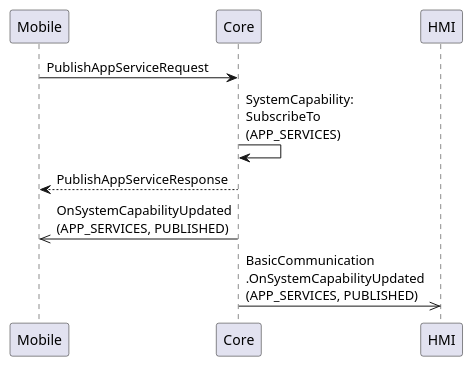
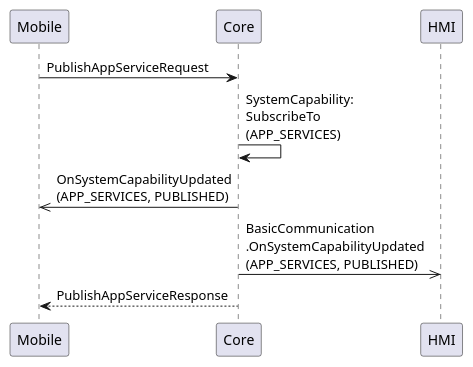
One commit to smartdevicelink/sdl_hmi_integration_guidelines changed the diagram in docs/BasicCommunication/OnSystemCapabilityUpdated/assets/OnSystemCapabilityUpdated_PUBLISHED.puml. Above: the diagram before and after it, drawn with PlantUML. The commit also changed other lines of this file and 5 other files, not shown here.

```diff
--- a/docs/BasicCommunication/OnSystemCapabilityUpdated/assets/OnSystemCapabilityUpdated_PUBLISHED.puml
+++ b/docs/BasicCommunication/OnSystemCapabilityUpdated/assets/OnSystemCapabilityUpdated_PUBLISHED.puml
@@ -1,12 +1,12 @@
 @startuml OnSystemCapabilityUpdated_PUBLISHED
 participant Mobile
 participant Core
 participant HMI
 
 Mobile -> Core : PublishAppServiceRequest
 Core -> Core : SystemCapability:\nSubscribeTo\n(APP_SERVICES)
-Core --> Mobile : PublishAppServiceResponse
 Core ->> Mobile : OnSystemCapabilityUpdated\n(APP_SERVICES, PUBLISHED)
 Core ->> HMI : BasicCommunication\n.OnSystemCapabilityUpdated\n(APP_SERVICES, PUBLISHED)
+Core --> Mobile : PublishAppServiceResponse
 
 @enduml
```
